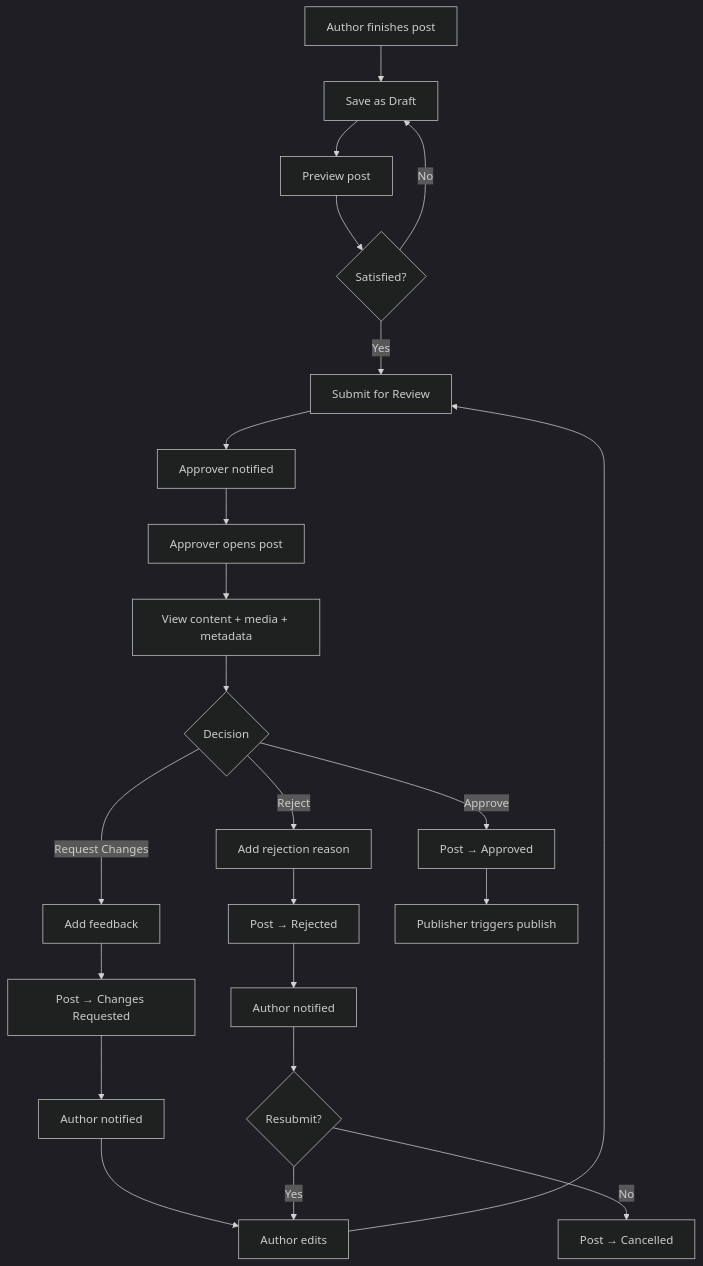
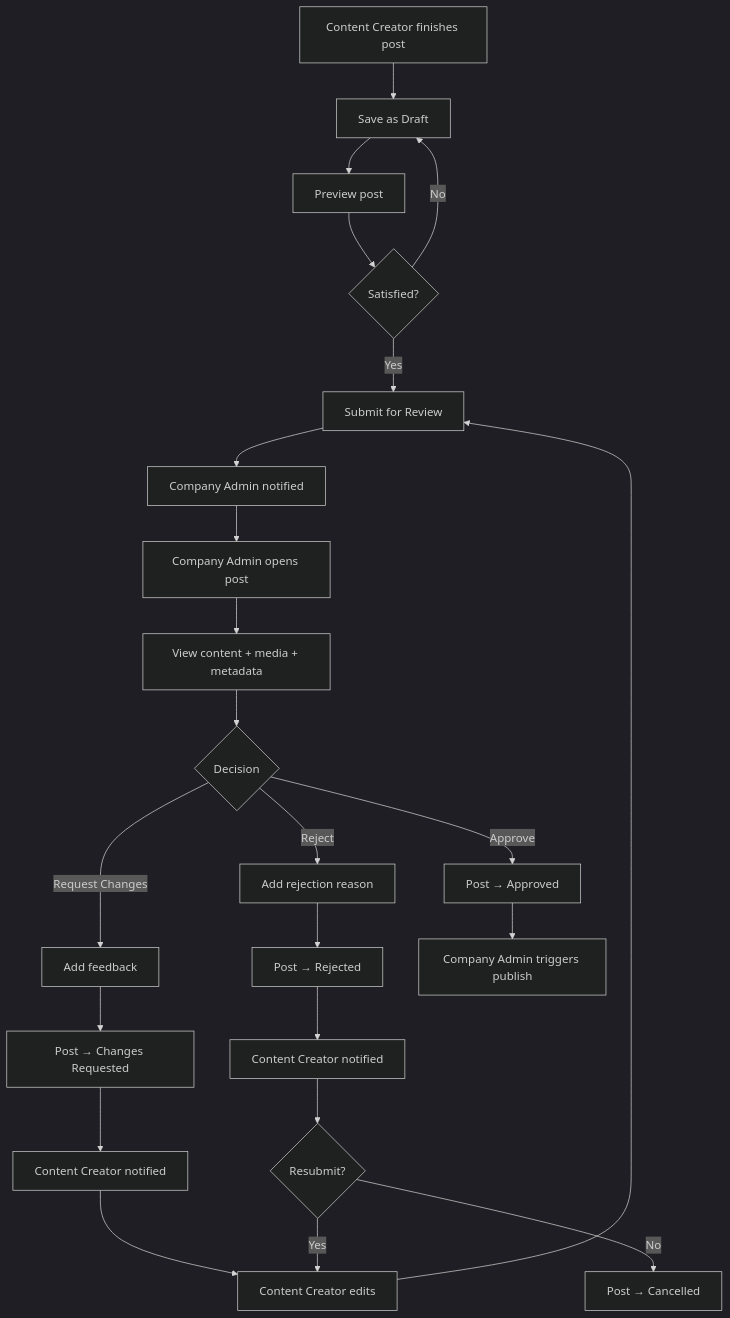
One commit to Lido01/socialpilot-ai changed the tenth of 12 diagrams in docs/07-user-flows-and-state-machines.md. Above: the diagram before and after it, drawn with Mermaid (dark theme). The commit also changed other lines of this file, not shown here.

Commit message:
docs: update user flows and state machines for 3-role model (Company Admin, Content Creator)

````diff
--- a/docs/07-user-flows-and-state-machines.md
+++ b/docs/07-user-flows-and-state-machines.md
@@ -364,25 +364,25 @@
 ```mermaid
 flowchart TD
-    A[Author finishes post] --> B[Save as Draft]
+    A[Content Creator finishes post] --> B[Save as Draft]
     B --> C[Preview post]
     C --> D{Satisfied?}
     D -- No --> B
     D -- Yes --> E[Submit for Review]
-    E --> F[Approver notified]
-    F --> G[Approver opens post]
+    E --> F[Company Admin notified]
+    F --> G[Company Admin opens post]
     G --> H[View content + media + metadata]
     H --> I{Decision}
     I -- Approve --> J[Post → Approved]
     I -- Request Changes --> K[Add feedback]
     K --> L[Post → Changes Requested]
-    L --> M[Author notified]
-    M --> N[Author edits]
+    L --> M[Content Creator notified]
+    M --> N[Content Creator edits]
     N --> E
     I -- Reject --> O[Add rejection reason]
     O --> P[Post → Rejected]
-    P --> Q[Author notified]
+    P --> Q[Content Creator notified]
     Q --> R{Resubmit?}
     R -- Yes --> N
     R -- No --> S[Post → Cancelled]
-    J --> T[Publisher triggers publish]
+    J --> T[Company Admin triggers publish]
 ```
````
